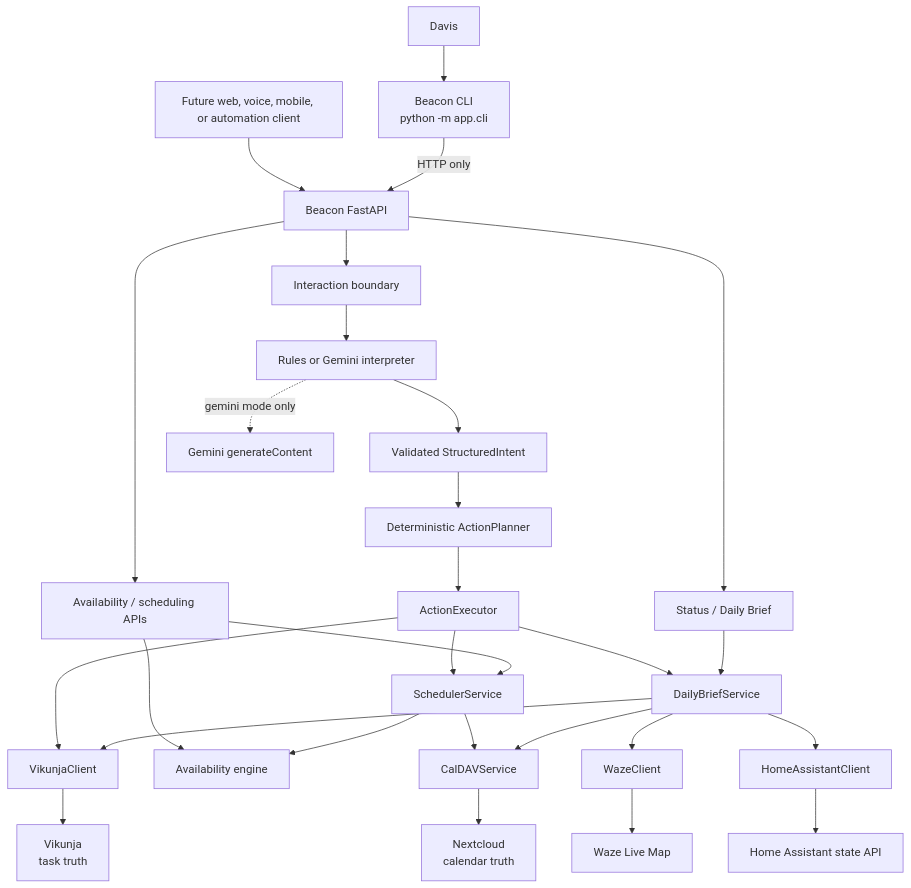
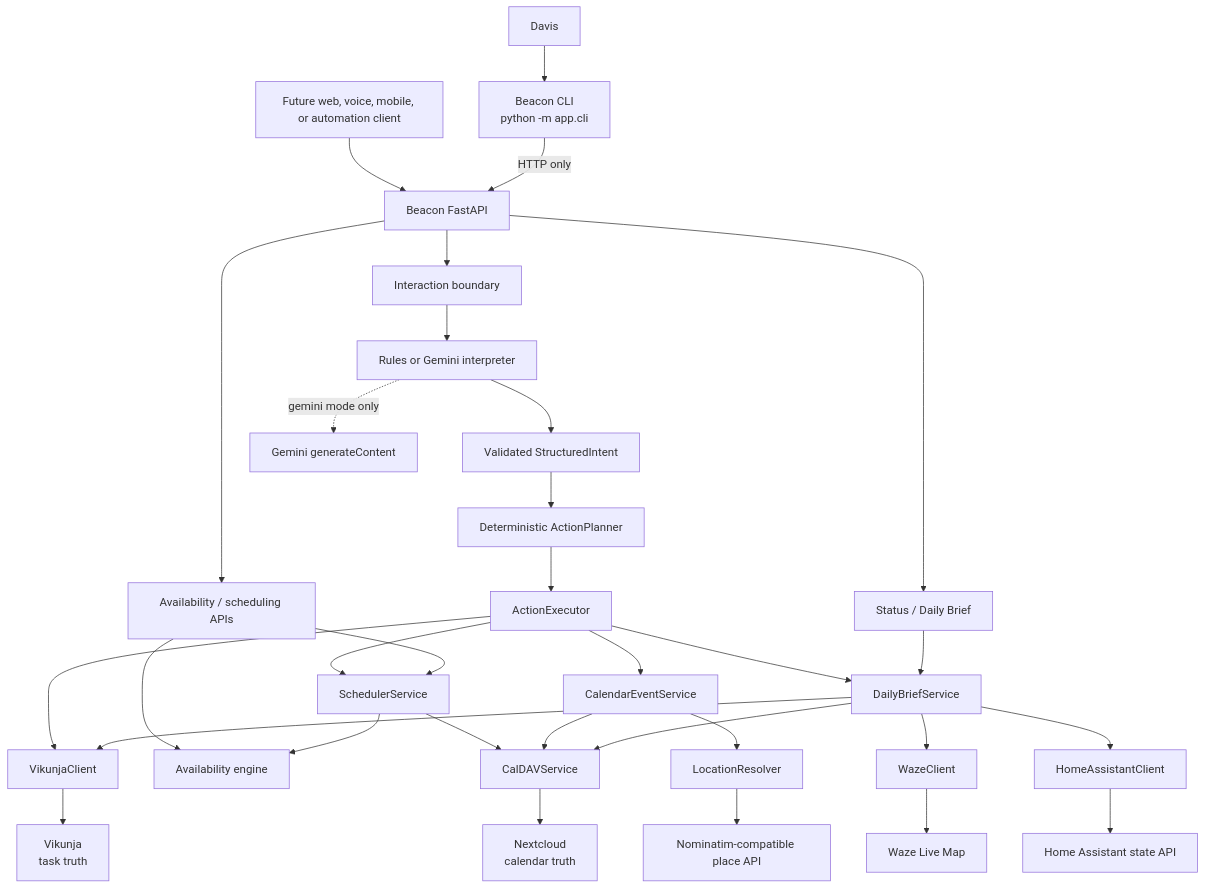
Before and after one commit to daviswmiller057/beacon-api: the diagram in docs/architecture.md, drawn with Mermaid. The commit also changed other lines of this file and 31 other files, not shown here.

````diff
--- a/docs/architecture.md
+++ b/docs/architecture.md
@@ -15,35 +15,39 @@
 ```mermaid
 flowchart TD
     User["Davis"] --> CLI["Beacon CLI\npython -m app.cli"]
     Other["Future web, voice, mobile, or automation client"] --> API
     CLI -->|"HTTP only"| API["Beacon FastAPI"]
 
     API --> INT["Interaction boundary"]
     API --> READ["Status / Daily Brief"]
     API --> LOW["Availability / scheduling APIs"]
 
     INT --> IP["Rules or Gemini interpreter"]
     IP --> SI["Validated StructuredIntent"]
     SI --> PLAN["Deterministic ActionPlanner"]
     PLAN --> EXEC["ActionExecutor"]
 
     EXEC --> V["VikunjaClient"]
     EXEC --> S["SchedulerService"]
+    EXEC --> CE["CalendarEventService"]
     EXEC --> DB["DailyBriefService"]
     LOW --> S
     LOW --> AV["Availability engine"]
     READ --> DB
 
     S --> AV
     S --> C["CalDAVService"]
+    CE --> LR["LocationResolver"]
+    CE --> C
     DB --> C
     DB --> V
     DB --> W["WazeClient"]
     DB --> HA["HomeAssistantClient"]
 
     V --> VT["Vikunja\ntask truth"]
     C --> NC["Nextcloud\ncalendar truth"]
     W --> WZ["Waze Live Map"]
     HA --> HAS["Home Assistant state API"]
+    LR --> GEO["Nominatim-compatible place API"]
     IP -. "gemini mode only" .-> G["Gemini generateContent"]
 ```
````
